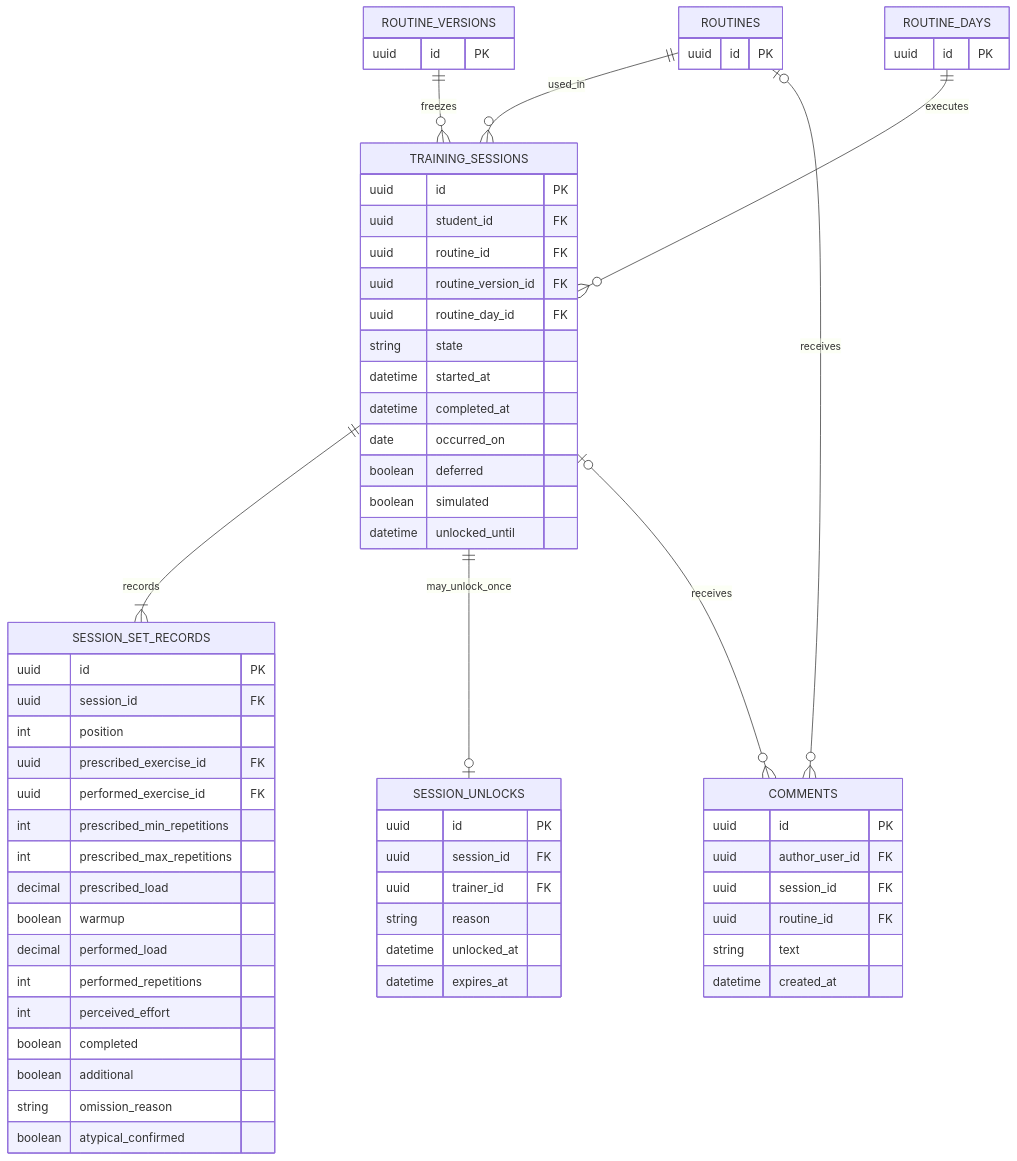
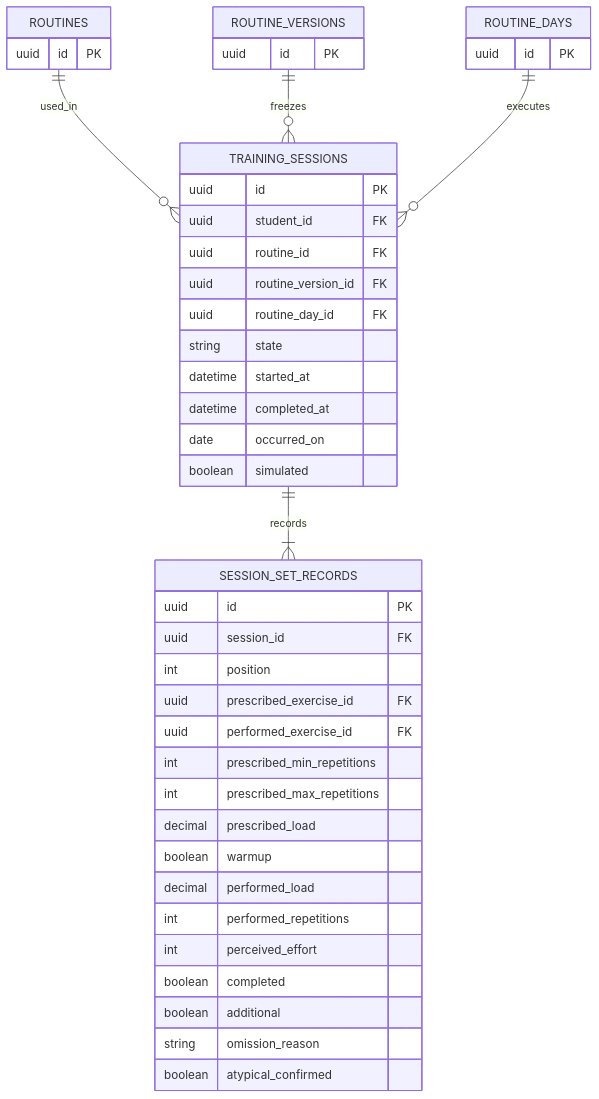
One commit to Maico-Zurbriggen/proyecto-gimnasio-documentacion changed the sixth of 9 diagrams in architecture/database-relational-model.md. Above: the diagram before and after it, drawn with Mermaid. The commit also changed other lines of this file and 12 other files, not shown here.

````diff
--- a/architecture/database-relational-model.md
+++ b/architecture/database-relational-model.md
@@ -429,68 +411,47 @@
 ```mermaid
 erDiagram
     ROUTINES {
         uuid id PK
     }
     ROUTINE_VERSIONS {
         uuid id PK
     }
     ROUTINE_DAYS {
         uuid id PK
     }
     TRAINING_SESSIONS {
         uuid id PK
         uuid student_id FK
         uuid routine_id FK
         uuid routine_version_id FK
         uuid routine_day_id FK
         string state
         datetime started_at
         datetime completed_at
         date occurred_on
-        boolean deferred
         boolean simulated
-        datetime unlocked_until
     }
     SESSION_SET_RECORDS {
         uuid id PK
         uuid session_id FK
         int position
         uuid prescribed_exercise_id FK
         uuid performed_exercise_id FK
         int prescribed_min_repetitions
         int prescribed_max_repetitions
         decimal prescribed_load
         boolean warmup
         decimal performed_load
         int performed_repetitions
         int perceived_effort
         boolean completed
         boolean additional
         string omission_reason
         boolean atypical_confirmed
     }
-    SESSION_UNLOCKS {
-        uuid id PK
-        uuid session_id FK
-        uuid trainer_id FK
-        string reason
-        datetime unlocked_at
-        datetime expires_at
-    }
-    COMMENTS {
-        uuid id PK
-        uuid author_user_id FK
-        uuid session_id FK
-        uuid routine_id FK
-        string text
-        datetime created_at
-    }
 
     ROUTINES ||--o{ TRAINING_SESSIONS : used_in
     ROUTINE_VERSIONS ||--o{ TRAINING_SESSIONS : freezes
     ROUTINE_DAYS ||--o{ TRAINING_SESSIONS : executes
     TRAINING_SESSIONS ||--|{ SESSION_SET_RECORDS : records
-    TRAINING_SESSIONS ||--o| SESSION_UNLOCKS : may_unlock_once
-    TRAINING_SESSIONS o|--o{ COMMENTS : receives
-    ROUTINES o|--o{ COMMENTS : receives
 ```
````
